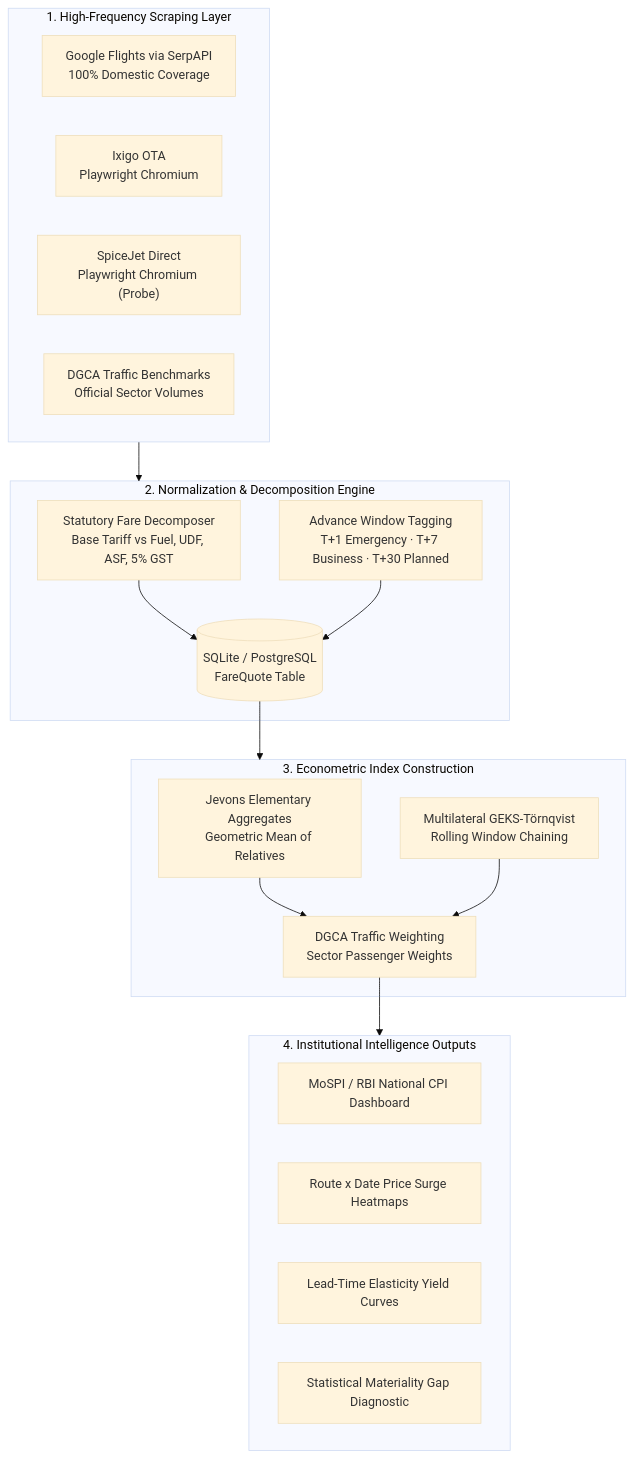
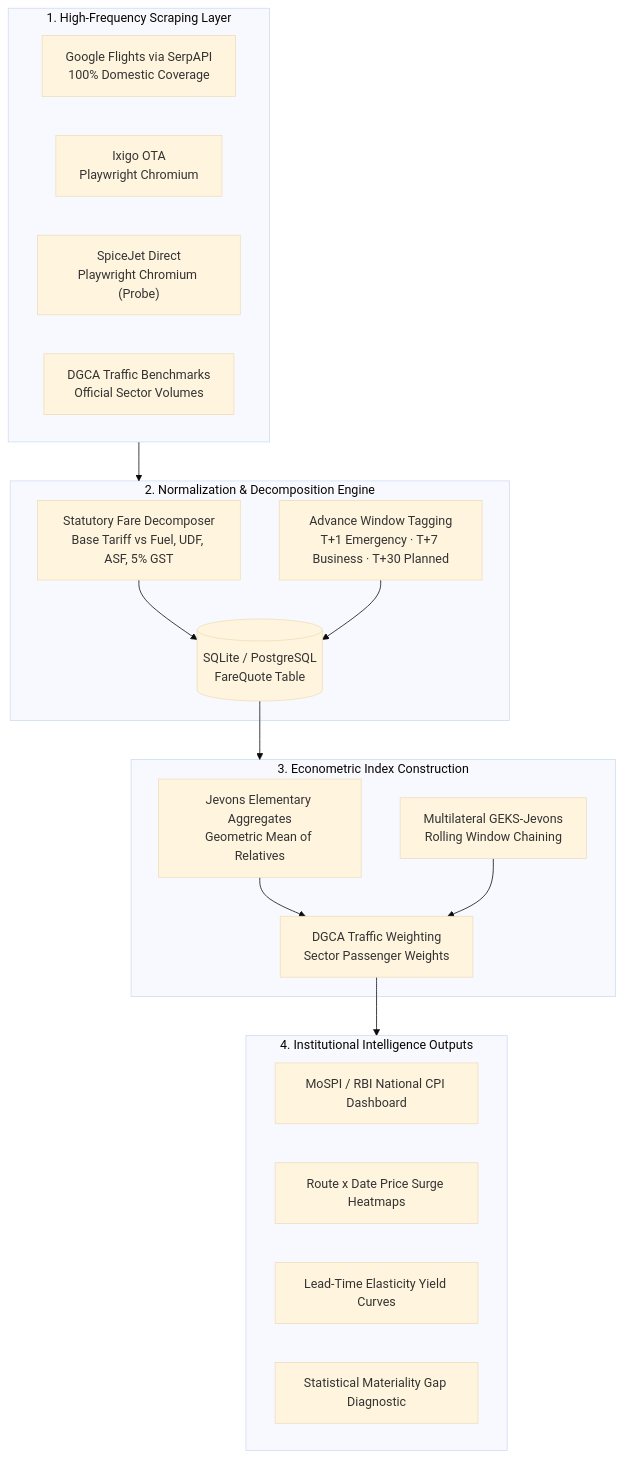
The diagram in README.md (Tejas3479/APIx), drawn with Mermaid (base theme) before and after one commit. The commit also changed other lines of this file and 4 other files, not shown here.

Commit message:
Docs: Synchronize methodology terminology from GEKS-Törnqvist to GEKS-Jevons

````diff
--- a/README.md
+++ b/README.md
@@ -64,36 +64,36 @@
 ```mermaid
 flowchart TD
     subgraph DataCollection["1. High-Frequency Scraping Layer"]
         GF["Google Flights via SerpAPI<br/>100% Domestic Coverage"]
         IX["Ixigo OTA<br/>Playwright Chromium"]
         SG["SpiceJet Direct<br/>Playwright Chromium (Probe)"]
         DGCA["DGCA Traffic Benchmarks<br/>Official Sector Volumes"]
     end
 
     subgraph Normalization["2. Normalization & Decomposition Engine"]
         DEC["Statutory Fare Decomposer<br/>Base Tariff vs Fuel, UDF, ASF, 5% GST"]
         WIN["Advance Window Tagging<br/>T+1 Emergency · T+7 Business · T+30 Planned"]
         DB[("SQLite / PostgreSQL<br/>FareQuote Table")]
     end
 
     subgraph MathematicalEngine["3. Econometric Index Construction"]
         JEV["Jevons Elementary Aggregates<br/>Geometric Mean of Relatives"]
-        GEKS["Multilateral GEKS-Törnqvist<br/>Rolling Window Chaining"]
+        GEKS["Multilateral GEKS-Jevons<br/>Rolling Window Chaining"]
         DGCA_W["DGCA Traffic Weighting<br/>Sector Passenger Weights"]
     end
 
     subgraph Dashboards["4. Institutional Intelligence Outputs"]
         DASH["MoSPI / RBI National CPI Dashboard"]
         HEAT["Route x Date Price Surge Heatmaps"]
         ELAS["Lead-Time Elasticity Yield Curves"]
         GAP["Statistical Materiality Gap Diagnostic"]
     end
 
     DataCollection --> Normalization
     DEC --> DB
     WIN --> DB
     DB --> MathematicalEngine
     JEV --> DGCA_W
     GEKS --> DGCA_W
     DGCA_W --> Dashboards
 ```
````
